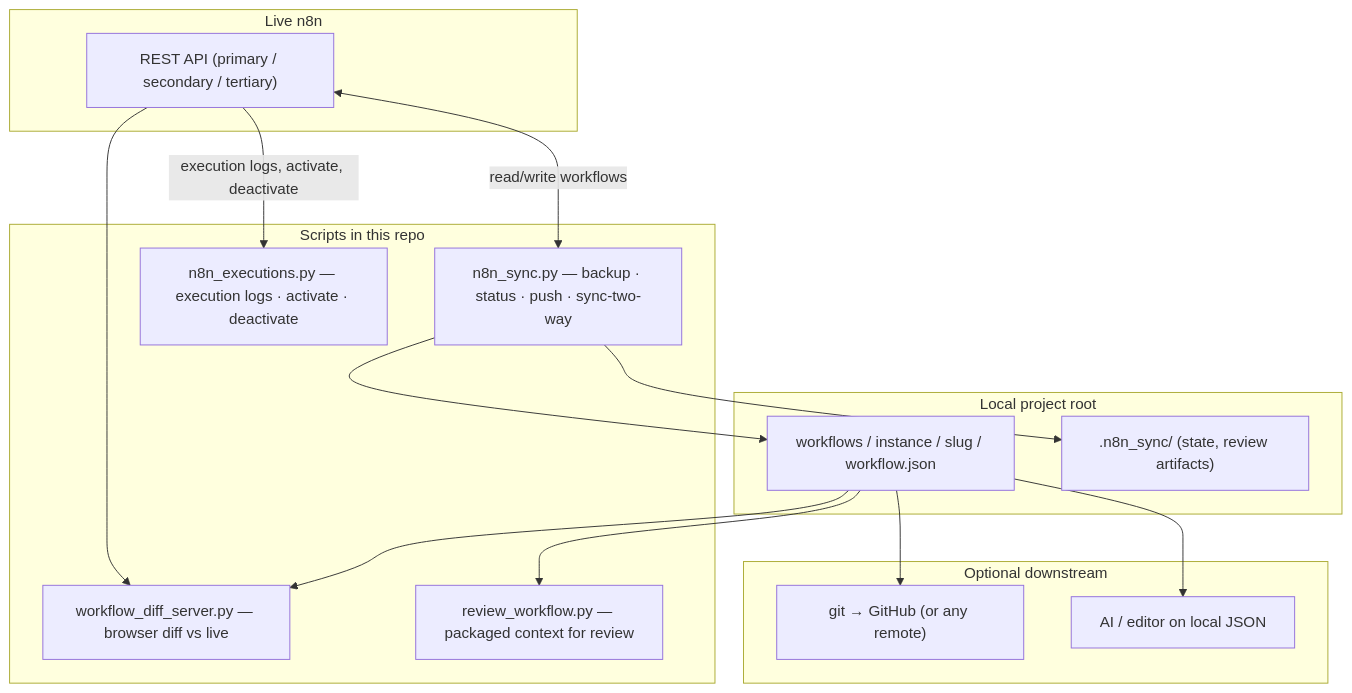
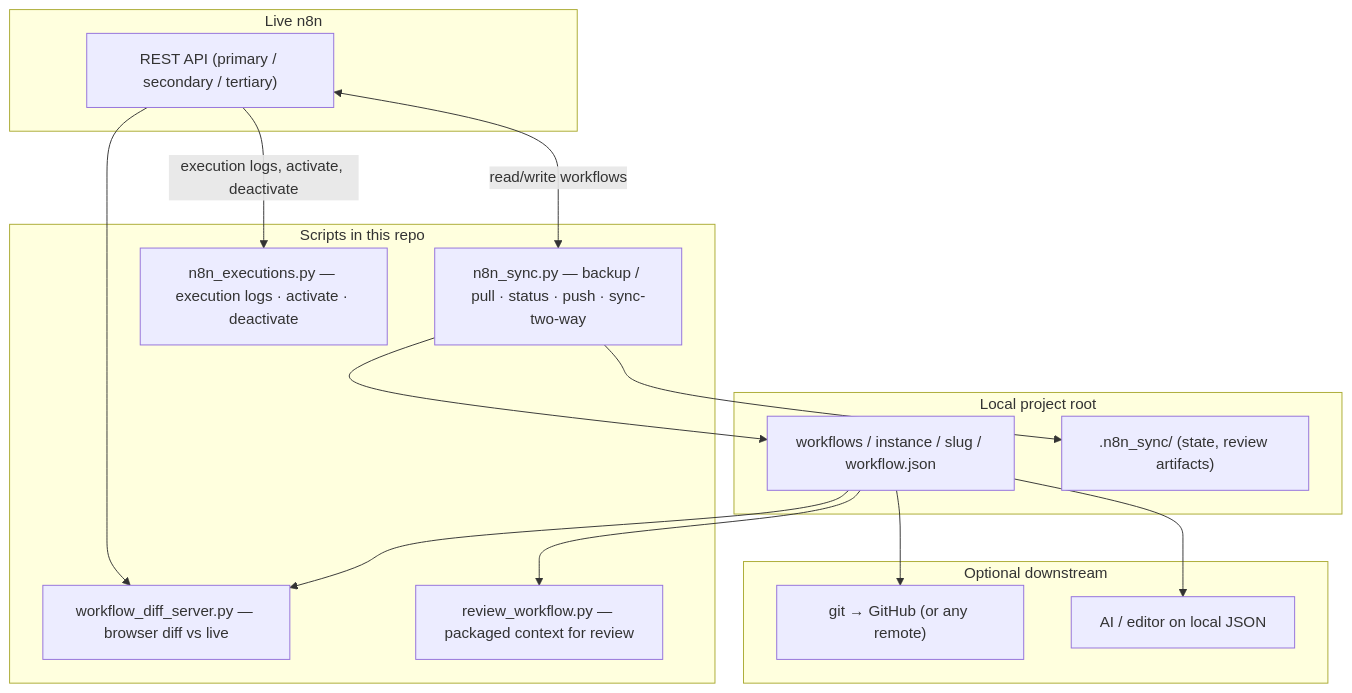
The first of 2 diagrams in n8n_extract_sync_2026_03_11/README.md (harshalnpatil/n8n_utilities_2026), drawn with Mermaid before and after one commit. The commit also changed other lines of this file and 4 other files, not shown here.

````diff
--- a/n8n_extract_sync_2026_03_11/README.md
+++ b/n8n_extract_sync_2026_03_11/README.md
@@ -9,29 +9,29 @@
 ```mermaid
 flowchart TD
   subgraph live["Live n8n"]
     API["REST API (primary / secondary / tertiary)"]
   end
   subgraph root["Local project root"]
     WF["workflows / instance / slug / workflow.json"]
     STATE[".n8n_sync/ (state, review artifacts)"]
   end
   subgraph util["Scripts in this repo"]
-    SYNC["n8n_sync.py — backup · status · push · sync-two-way"]
+    SYNC["n8n_sync.py — backup / pull · status · push · sync-two-way"]
     DIFF["workflow_diff_server.py — browser diff vs live"]
     REV["review_workflow.py — packaged context for review"]
     EXEC["n8n_executions.py — execution logs · activate · deactivate"]
   end
   subgraph opt["Optional downstream"]
     GIT["git → GitHub (or any remote)"]
     AI["AI / editor on local JSON"]
   end
   API <-->|"read/write workflows"| SYNC
   API -->|"execution logs, activate, deactivate"| EXEC
   SYNC --> WF
   SYNC --> STATE
   WF --> DIFF
   API --> DIFF
   WF --> REV
   WF --> GIT
   WF --> AI
 ```
````
